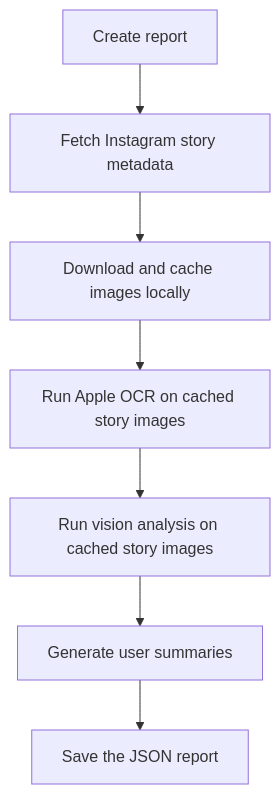
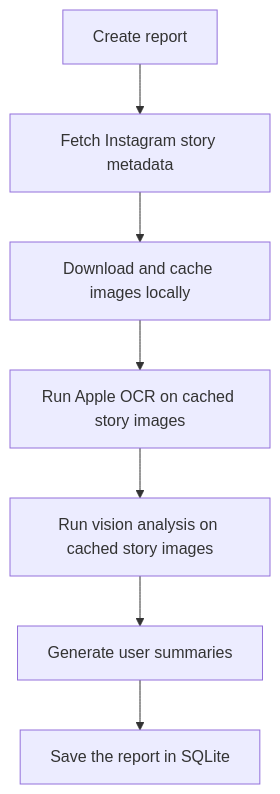
The diagram in README.md (adrienZ/slopstagram), drawn with Mermaid before and after one commit. The commit also changed other lines of this file and 52 other files, not shown here.

````diff
--- a/README.md
+++ b/README.md
@@ -64,9 +64,9 @@
 ```mermaid
 flowchart TD
     start["Create report"] --> stories["Fetch Instagram story metadata"]
     stories --> images["Download and cache images locally"]
     images --> apple["Run Apple OCR on cached story images"]
     apple --> vision["Run vision analysis on cached story images"]
     vision --> summaries["Generate user summaries"]
-    summaries --> save["Save the JSON report"]
+    summaries --> save["Save the report in SQLite"]
 ```
````
